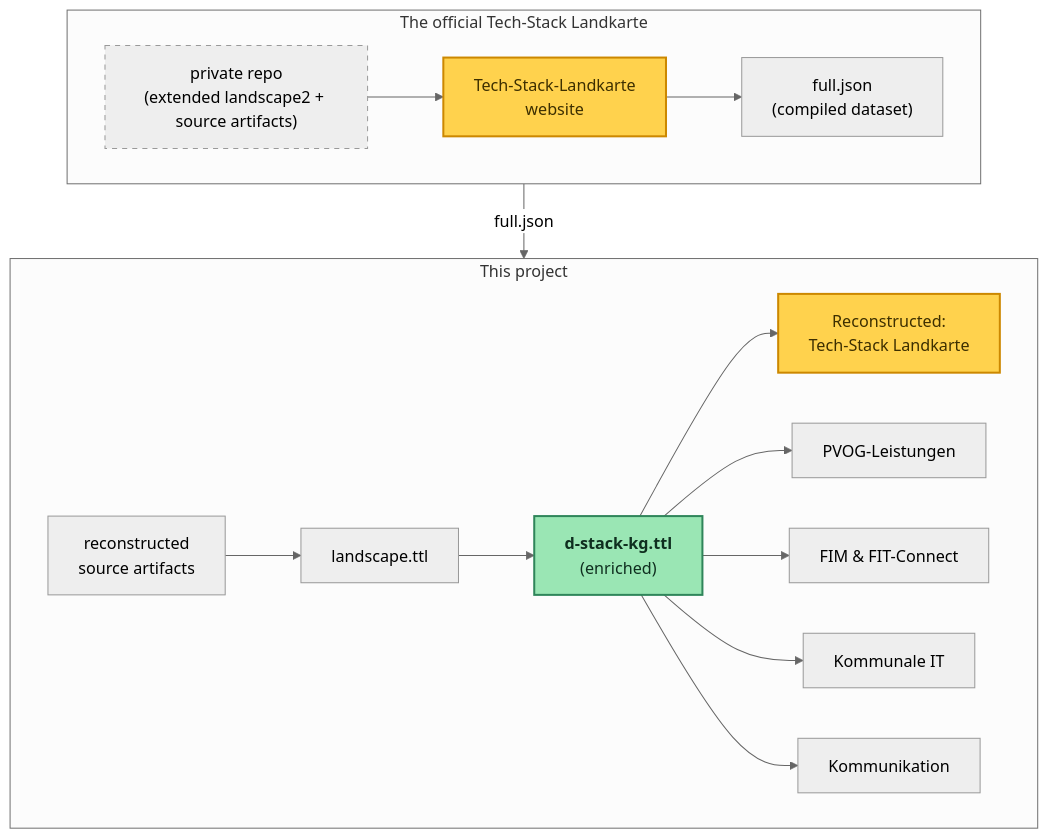
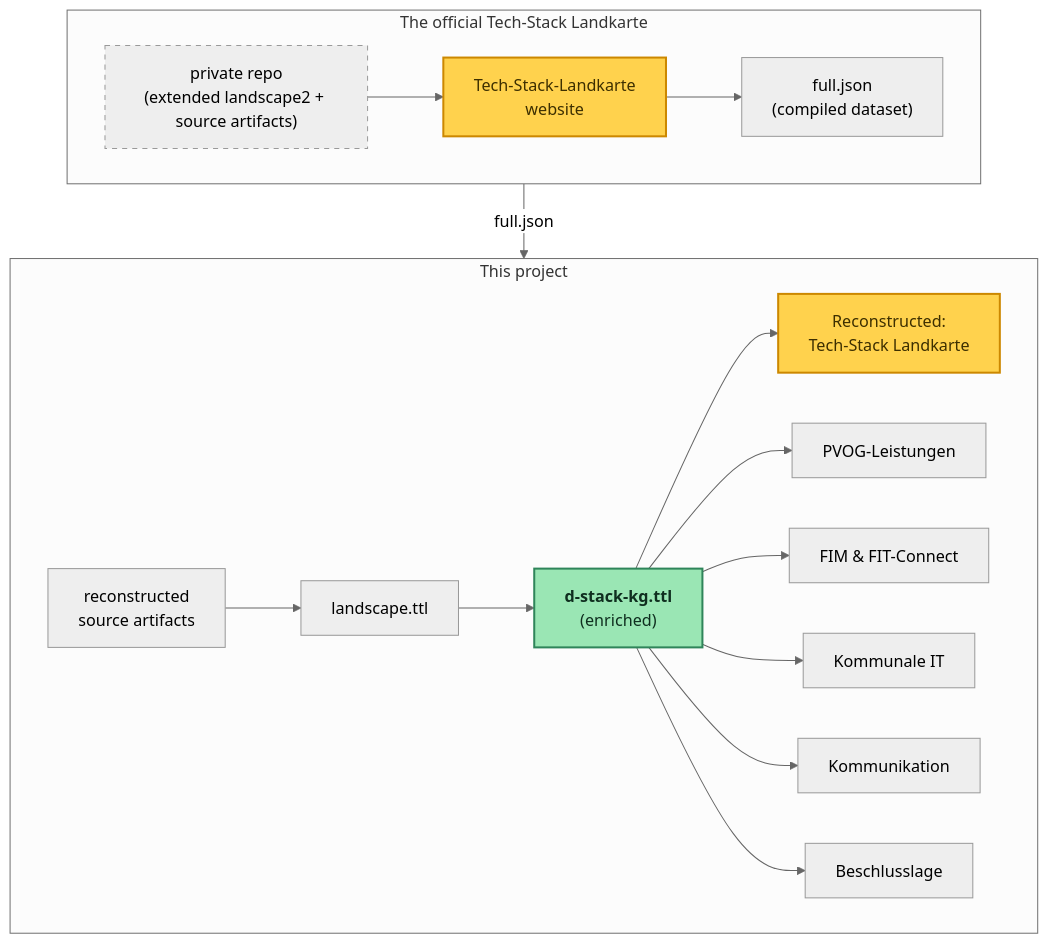
One commit to benjaminaaron/d-stack-kg changed the diagram in README.md. Above: the diagram before and after it, drawn with Mermaid (neutral theme). The commit also changed other lines of this file and 15 other files, not shown here.

````diff
--- a/README.md
+++ b/README.md
@@ -24,25 +24,26 @@
 ```mermaid
     flowchart TB
     subgraph sq ["The official Tech-Stack Landkarte"]
         direction LR
         repo["private repo<br/>(extended landscape2 + source artifacts)"] --> site["Tech-Stack-Landkarte<br/>website"] --> json["full.json<br/>(compiled dataset)"]
     end
     subgraph kg ["This project"]
         direction LR
         yml["reconstructed<br/>source artifacts"] --> ttl["landscape.ttl"] --> dstack["<b>d-stack-kg.ttl</b><br/>(enriched)"]
         dstack --> roundtrip["Reconstructed:</br>Tech-Stack Landkarte"]
         dstack --> leistungen["PVOG-Leistungen"]
         dstack --> fachdaten["FIM &amp; FIT-Connect"]
         dstack --> kommune["Kommunale IT"]
         dstack --> komm["Kommunikation"]
+        dstack --> beschluss["Beschlusslage"]
     end
     sq -- "full.json" --> kg
 
     classDef private stroke-dasharray:5 5
     classDef key fill:#ffd24d,stroke:#cc8800,color:#3d2f00,stroke-width:2px
     classDef goal fill:#9ae6b4,stroke:#2f855a,color:#0f2e1f,stroke-width:2px
     class repo private
     class site key
     class roundtrip key
     class dstack goal
 ```
````
